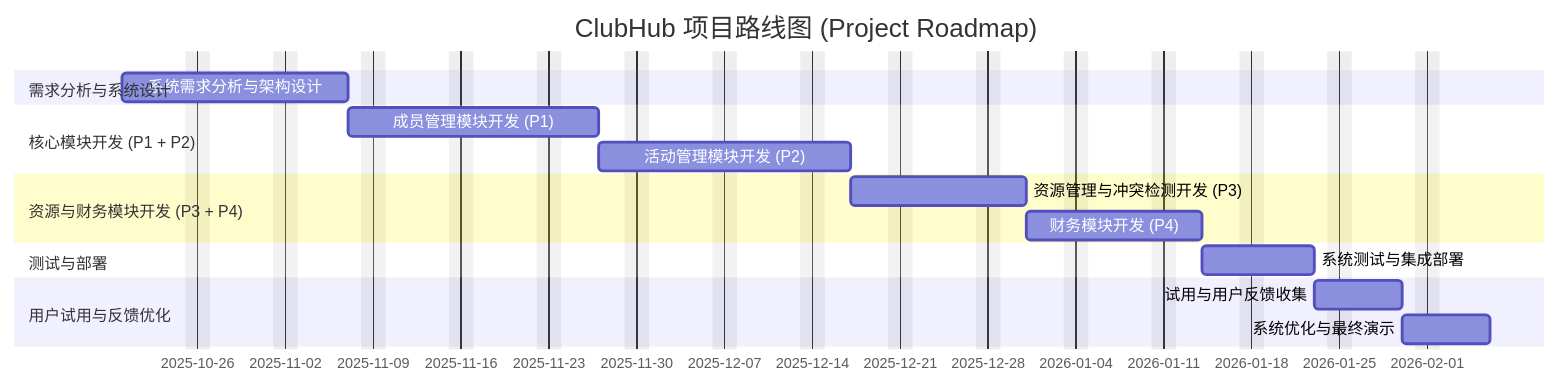
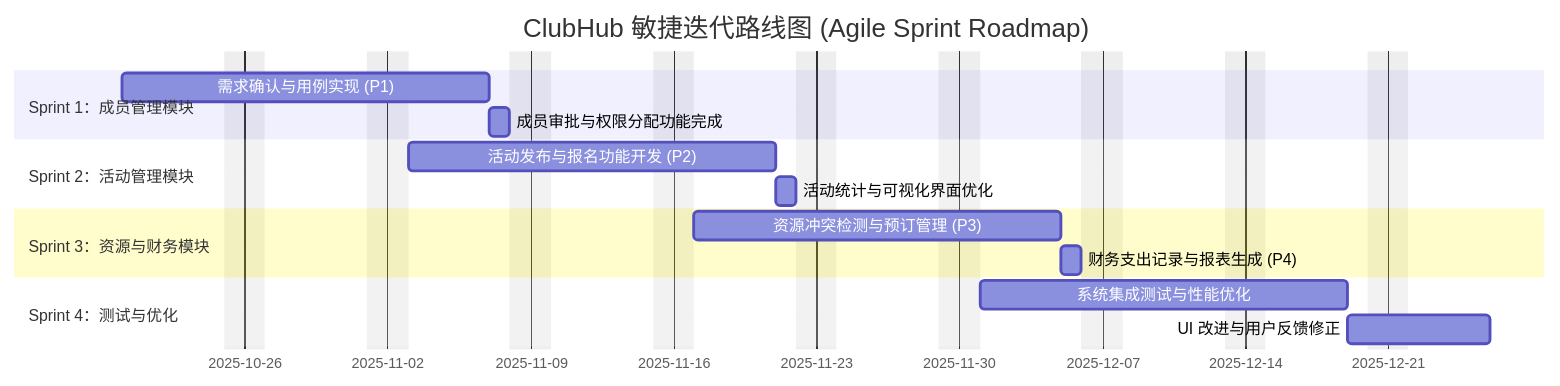
One commit to Herriany/iodraw-files changed the diagram in all/未命名.md. Above: the diagram before and after it, drawn with Mermaid.

Commit message:
2025-11-02 18:32:01 update

````diff
--- a/all/未命名.md
+++ b/all/未命名.md
@@ -1,26 +1,24 @@
 ```mermaid
 %%{init: {'themeVariables': { 'fontSize': '8px' }}}%%
 gantt
-    title ClubHub 项目路线图 (Project Roadmap)
+    title ClubHub 敏捷迭代路线图 (Agile Sprint Roadmap)
     dateFormat  YYYY-MM-DD
     excludes weekends
 
-    section 需求分析与系统设计
-    系统需求分析与架构设计       :a1, 2025-10-20, 14d
+    section Sprint 1：成员管理模块
+    需求确认与用例实现 (P1)        :s1a, 2025-10-20, 14d
+    成员审批与权限分配功能完成      :s1b, after s1a, 1d
 
-    section 核心模块开发 (P1 + P2)
-    成员管理模块开发 (P1)        :a2, after a1, 14d
-    活动管理模块开发 (P2)        :a3, after a2, 14d
+    section Sprint 2：活动管理模块
+    活动发布与报名功能开发 (P2)    :s2a, 2025-11-03, 14d
+    活动统计与可视化界面优化        :s2b, after s2a, 1d
 
-    section 资源与财务模块开发 (P3 + P4)
-    资源管理与冲突检测开发 (P3)  :a4, after a3, 10d
-    财务模块开发 (P4)            :a5, after a4, 10d
+    section Sprint 3：资源与财务模块
+    资源冲突检测与预订管理 (P3)    :s3a, 2025-11-17, 14d
+    财务支出记录与报表生成 (P4)    :s3b, after s3a, 1d
 
-    section 测试与部署
-    系统测试与集成部署           :a6, after a5, 7d
-
-    section 用户试用与反馈优化
-    试用与用户反馈收集           :a7, after a6, 5d
-    系统优化与最终演示           :a8, after a7, 5d
+    section Sprint 4：测试与优化
+    系统集成测试与性能优化          :s4a, 2025-12-01, 14d
+    UI 改进与用户反馈修正           :s4b, after s4a, 5d
 
 ```
````
